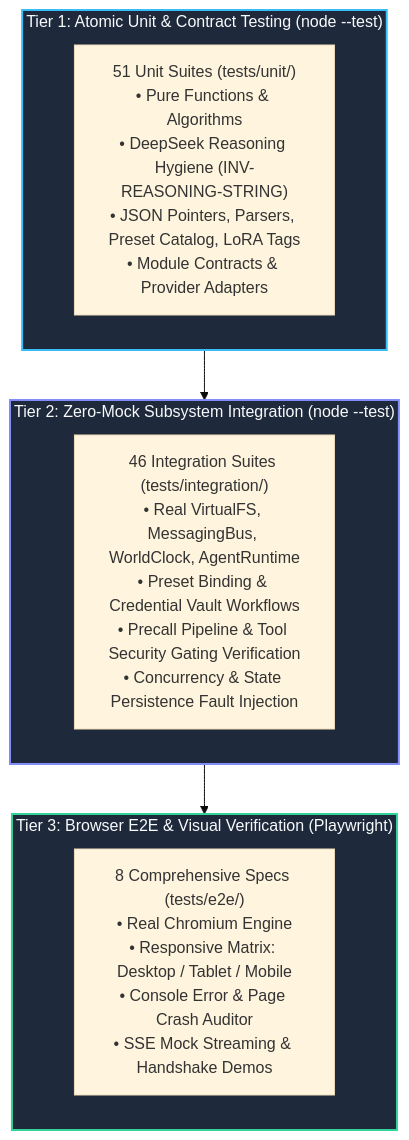
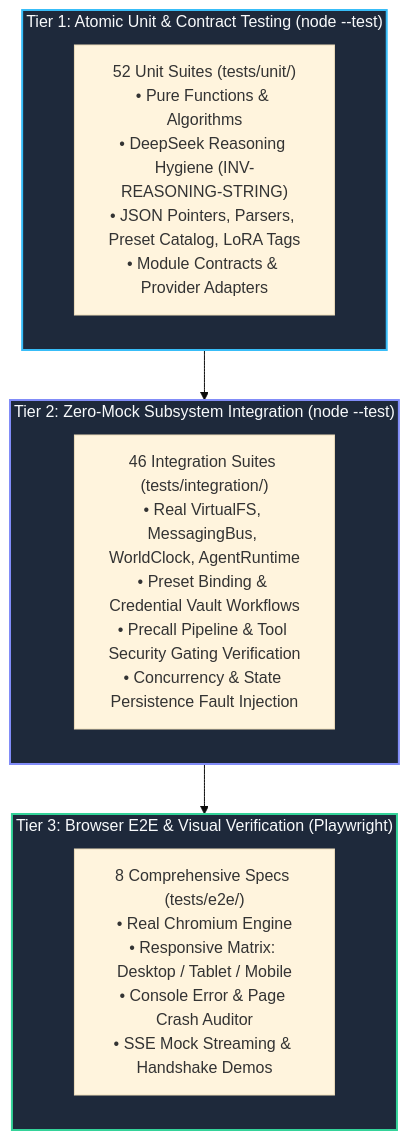
Before and after one commit to crestfallnafterdark/nightcurtain: the first of 3 diagrams in docs/testing/testing_strategy.md, drawn with Mermaid (base theme). The commit also changed other lines of this file and 4 other files, not shown here.

````diff
--- a/docs/testing/testing_strategy.md
+++ b/docs/testing/testing_strategy.md
@@ -15,24 +15,24 @@
 ```mermaid
 graph TD
     subgraph L3["Tier 3: Browser E2E & Visual Verification (Playwright)"]
         E2E["8 Comprehensive Specs (tests/e2e/)<br/>• Real Chromium Engine<br/>• Responsive Matrix: Desktop / Tablet / Mobile<br/>• Console Error & Page Crash Auditor<br/>• SSE Mock Streaming & Handshake Demos"]
     end
 
     subgraph L2["Tier 2: Zero-Mock Subsystem Integration (node --test)"]
         INT["46 Integration Suites (tests/integration/)<br/>• Real VirtualFS, MessagingBus, WorldClock, AgentRuntime<br/>• Preset Binding & Credential Vault Workflows<br/>• Precall Pipeline & Tool Security Gating Verification<br/>• Concurrency & State Persistence Fault Injection"]
     end
 
     subgraph L1["Tier 1: Atomic Unit & Contract Testing (node --test)"]
-        UNIT["51 Unit Suites (tests/unit/)<br/>• Pure Functions & Algorithms<br/>• DeepSeek Reasoning Hygiene (INV-REASONING-STRING)<br/>• JSON Pointers, Parsers, Preset Catalog, LoRA Tags<br/>• Module Contracts & Provider Adapters"]
+        UNIT["52 Unit Suites (tests/unit/)<br/>• Pure Functions & Algorithms<br/>• DeepSeek Reasoning Hygiene (INV-REASONING-STRING)<br/>• JSON Pointers, Parsers, Preset Catalog, LoRA Tags<br/>• Module Contracts & Provider Adapters"]
     end
 
     L1 --> L2
     L2 --> L3
 
     classDef l1 fill:#1e293b,stroke:#38bdf8,stroke-width:2px,color:#f8fafc;
     classDef l2 fill:#1e293b,stroke:#818cf8,stroke-width:2px,color:#f8fafc;
     classDef l3 fill:#1e293b,stroke:#34d399,stroke-width:2px,color:#f8fafc;
     class L1 l1;
     class L2 l2;
     class L3 l3;
 ```
````
